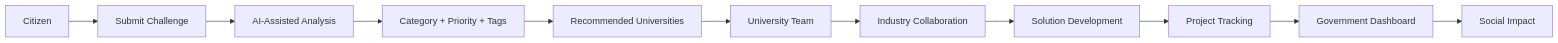
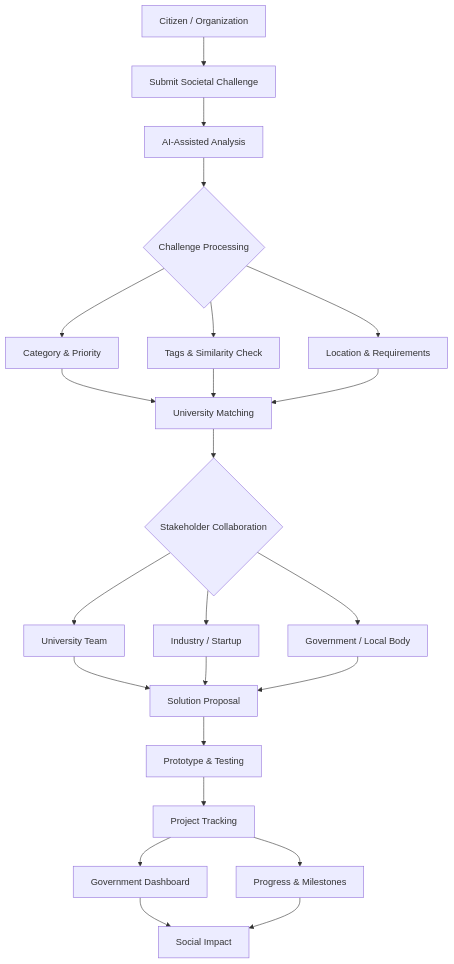
Before and after one commit to sumitkumar2374/SamadhanX: the diagram in README.md, drawn with Mermaid.

Commit message:
update readme mermaid

````diff
--- a/README.md
+++ b/README.md
@@ -27,13 +27,37 @@
 ```mermaid
-flowchart LR
-    A[Citizen] --> B[Submit Challenge]
+ flowchart TD 
+
+    A[Citizen / Organization] --> B[Submit Societal Challenge]
+
     B --> C[AI-Assisted Analysis]
-    C --> D[Category + Priority + Tags]
-    D --> E[Recommended Universities]
-    E --> F[University Team]
-    F --> G[Industry Collaboration]
-    G --> H[Solution Development]
-    H --> I[Project Tracking]
-    I --> J[Government Dashboard]
-    J --> K[Social Impact]
+
+    C --> D{Challenge Processing}
+
+    D --> E[Category & Priority]
+    D --> F[Tags & Similarity Check]
+    D --> G[Location & Requirements]
+
+    E --> H[University Matching]
+    F --> H
+    G --> H
+
+    H --> I{Stakeholder Collaboration}
+
+    I --> J[University Team]
+    I --> K[Industry / Startup]
+    I --> L[Government / Local Body]
+
+    J --> M[Solution Proposal]
+    K --> M
+    L --> M
+
+    M --> N[Prototype & Testing]
+
+    N --> O[Project Tracking]
+
+    O --> P[Government Dashboard]
+    O --> Q[Progress & Milestones]
+
+    P --> R[Social Impact]
+    Q --> R
 ```
````
